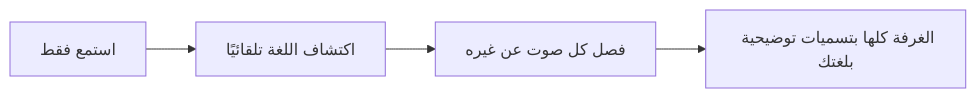
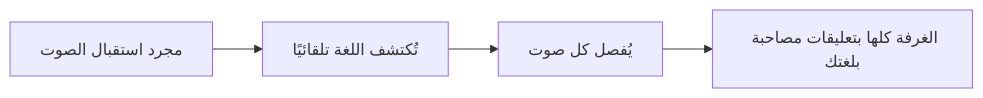
Before and after one commit to rpalm01-star/VigilantEarLegal: the first of 4 diagrams in README_ar.md, drawn with Mermaid. The commit also changed other lines of this file and 14 other files, not shown here.

````diff
--- a/README_ar.md
+++ b/README_ar.md
@@ -73,4 +84,4 @@
 ```mermaid
 graph LR
-    A["استمع فقط"] --> B["اكتشاف اللغة تلقائيًا"] --> C["فصل كل صوت عن غيره"] --> D["الغرفة كلها بتسميات توضيحية بلغتك"]
+    A["مجرد استقبال الصوت"] --> B["تُكتشف اللغة تلقائيًا"] --> C["يُفصل كل صوت"] --> D["الغرفة كلها بتعليقات مصاحبة بلغتك"]
 ```
````
